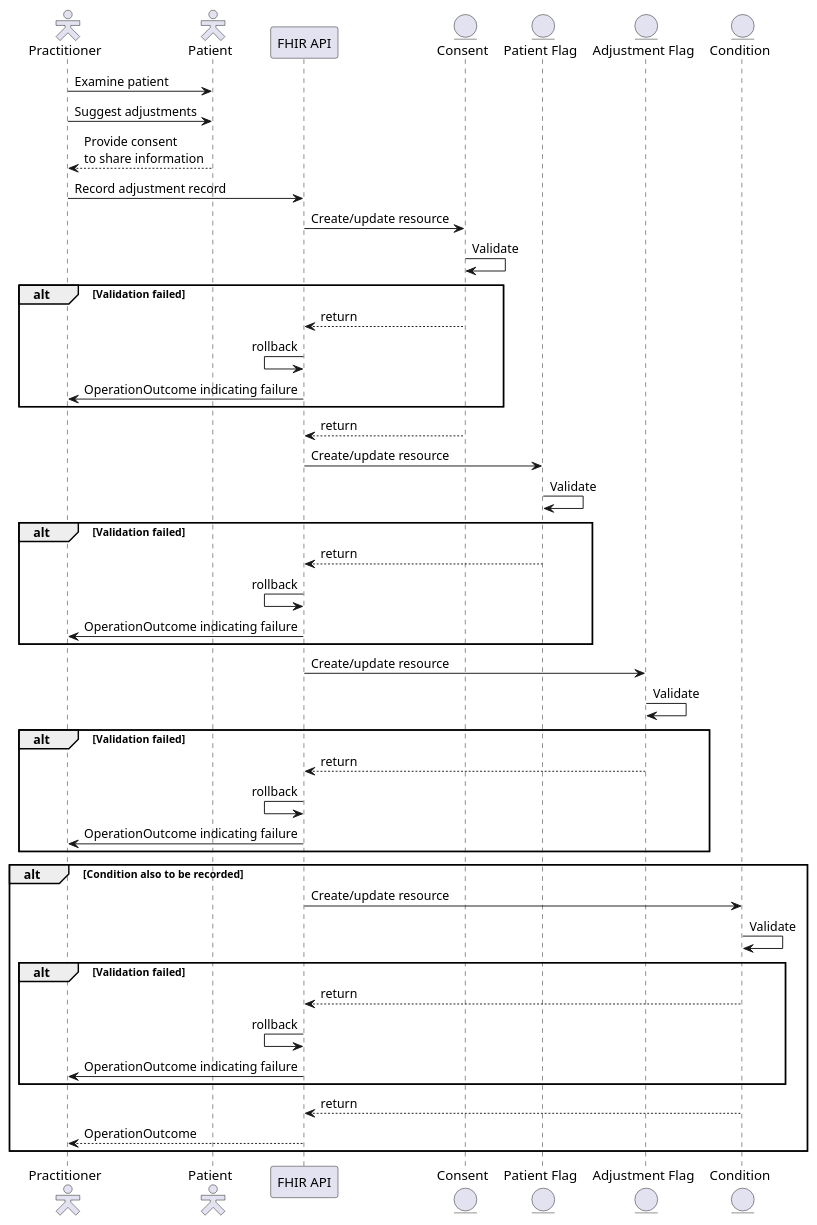
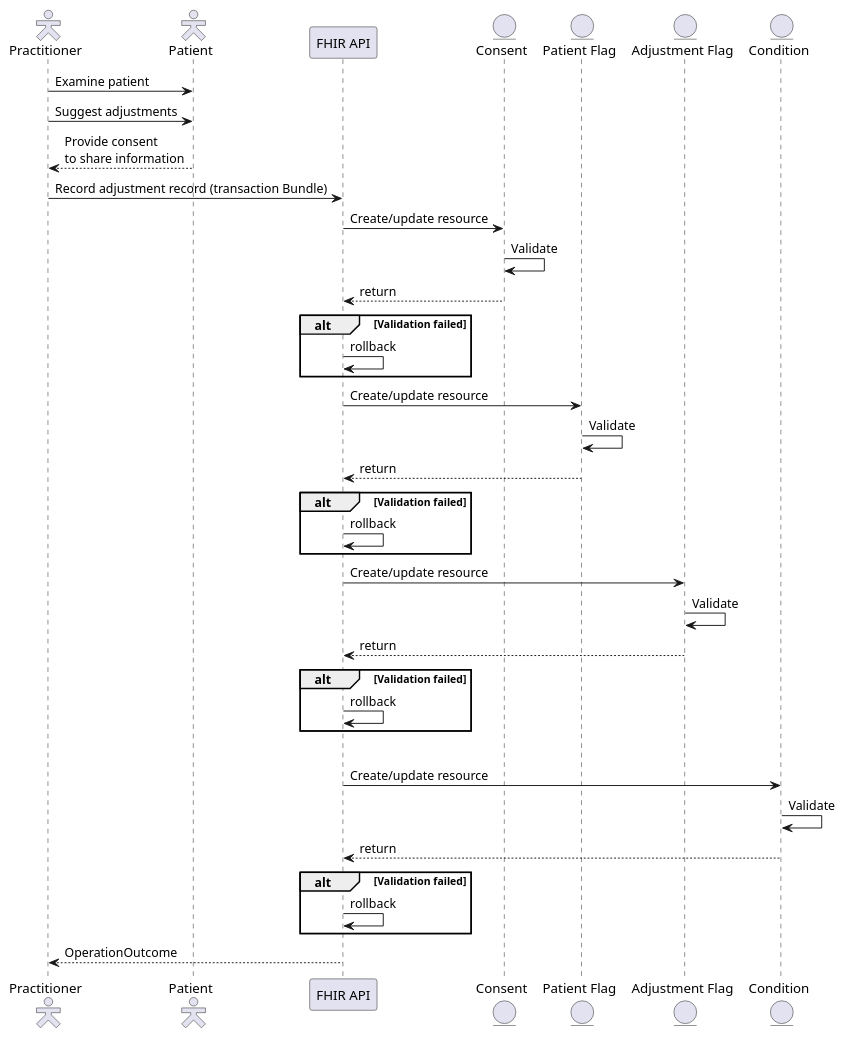
The diagram in input/images-source/add-record-sequence.plantuml (NHSDigital/ra-sandbox), drawn with PlantUML before and after one commit. The commit also changed 45 other files, not shown here.

Commit message:
added careconnect deps, tidy diagrams, include contact via yml

```diff
--- a/input/images-source/add-record-sequence.plantuml
+++ b/input/images-source/add-record-sequence.plantuml
@@ -1,57 +1,49 @@
 @startuml
 
 skinparam actorStyle hollow
 
 actor        "Practitioner"     as pra
 actor        "Patient"          as pat
 participant  "FHIR API"         as api
 entity       "Consent"          as con
-entity       "Patient Flag"      as mas
+entity       "Patient Flag"     as flg
 entity       "Adjustment Flag"  as adj
 entity       "Condition"        as cod
 
 pra ->  pat : Examine patient
 pra ->  pat : Suggest adjustments
 pra <-- pat : Provide consent\nto share information
 
-pra ->  api : Record adjustment record
+pra ->  api : Record adjustment record (transaction Bundle)
 
 api ->  con : Create/update resource
 con ->  con : Validate
+api <-- con : return
 alt Validation failed
-api <-- con : return
-api <- api : rollback
-api ->  pra : OperationOutcome indicating failure
+  api -> api : rollback
 end
-api <-- con : return
 
-api ->  mas : Create/update resource
-mas ->  mas : Validate
+api ->  flg : Create/update resource
+flg ->  flg : Validate
+api <-- flg : return
 alt Validation failed
-api <-- mas : return
-api <- api : rollback
-api ->  pra : OperationOutcome indicating failure
+  api -> api : rollback
 end
 
 api ->  adj : Create/update resource
 adj ->  adj : Validate
+api <-- adj : return
 alt Validation failed
-api <-- adj : return
-api <- api : rollback
-api ->  pra : OperationOutcome indicating failure
+  api -> api : rollback
 end
 
 alt Condition also to be recorded
 api ->  cod : Create/update resource
 cod ->  cod : Validate
+api <-- cod : return
 alt Validation failed
-api <-- cod : return
-api <- api : rollback
-api ->  pra : OperationOutcome indicating failure
+  api -> api : rollback
 end
-api <-- cod : return
 pra <-- api : OperationOutcome
-end
-
 
 @enduml
```
